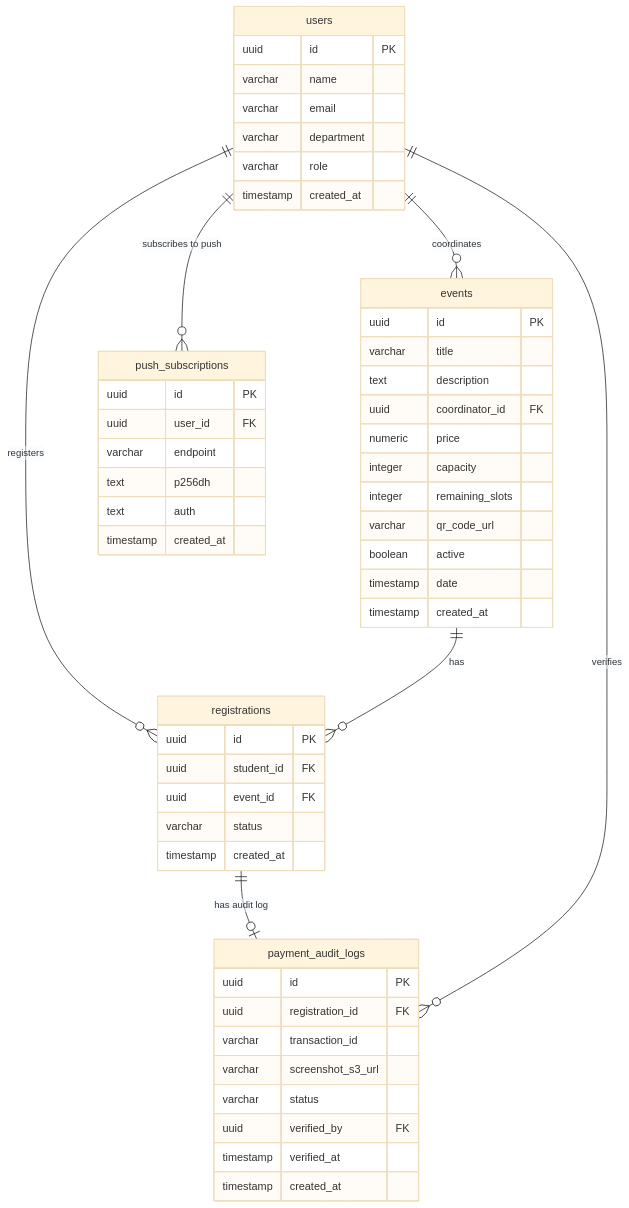
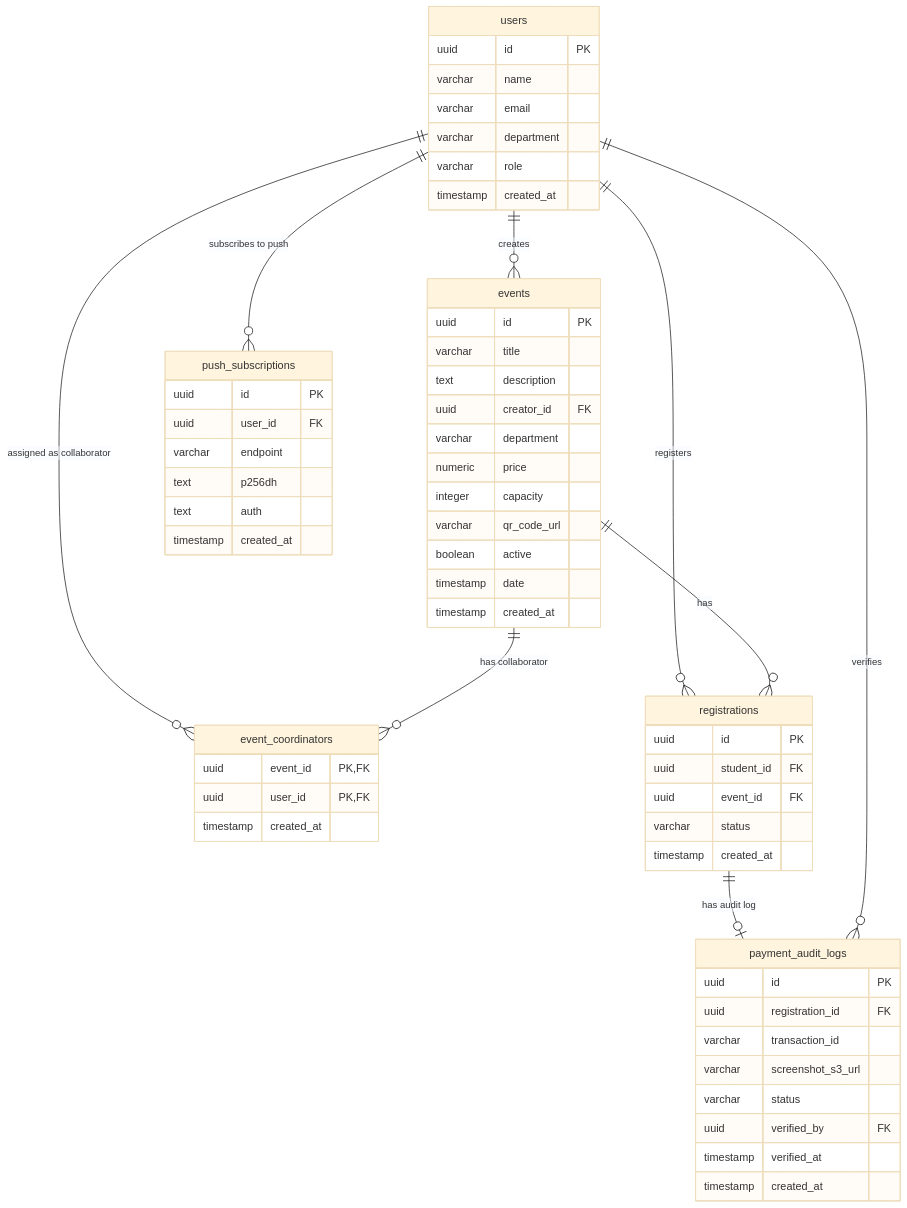
Before and after one commit to pec-developers/pec-events-app: the diagram in docs/lld.md, drawn with Mermaid (base theme). The commit also changed other lines of this file and 11 other files, not shown here.

````diff
--- a/docs/lld.md
+++ b/docs/lld.md
@@ -7,56 +7,63 @@
 ```mermaid
 erDiagram
     users {
         uuid id PK
         varchar name
         varchar email
         varchar department
         varchar role
         timestamp created_at
     }
     events {
         uuid id PK
         varchar title
         text description
-        uuid coordinator_id FK
+        uuid creator_id FK
+        varchar department
         numeric price
         integer capacity
-        integer remaining_slots
         varchar qr_code_url
         boolean active
         timestamp date
+        timestamp created_at
+    }
+    event_coordinators {
+        uuid event_id PK, FK
+        uuid user_id PK, FK
         timestamp created_at
     }
     registrations {
         uuid id PK
         uuid student_id FK
         uuid event_id FK
         varchar status
         timestamp created_at
     }
     payment_audit_logs {
         uuid id PK
         uuid registration_id FK
         varchar transaction_id
         varchar screenshot_s3_url
         varchar status
         uuid verified_by FK
         timestamp verified_at
         timestamp created_at
     }
     push_subscriptions {
         uuid id PK
         uuid user_id FK
         varchar endpoint
         text p256dh
         text auth
         timestamp created_at
     }
 
-    users ||--o{ events : "coordinates"
+    users ||--o{ events : "creates"
+    users ||--o{ event_coordinators : "assigned as collaborator"
+    events ||--o{ event_coordinators : "has collaborator"
     users ||--o{ registrations : "registers"
     events ||--o{ registrations : "has"
     registrations ||--o| payment_audit_logs : "has audit log"
     users ||--o{ payment_audit_logs : "verifies"
     users ||--o{ push_subscriptions : "subscribes to push"
 ```
````
